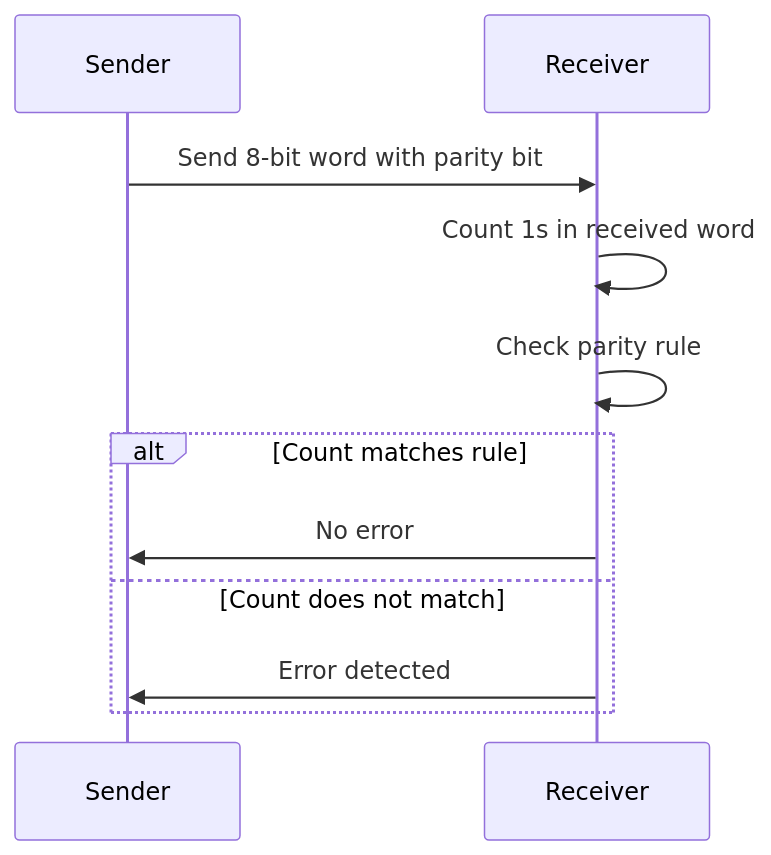
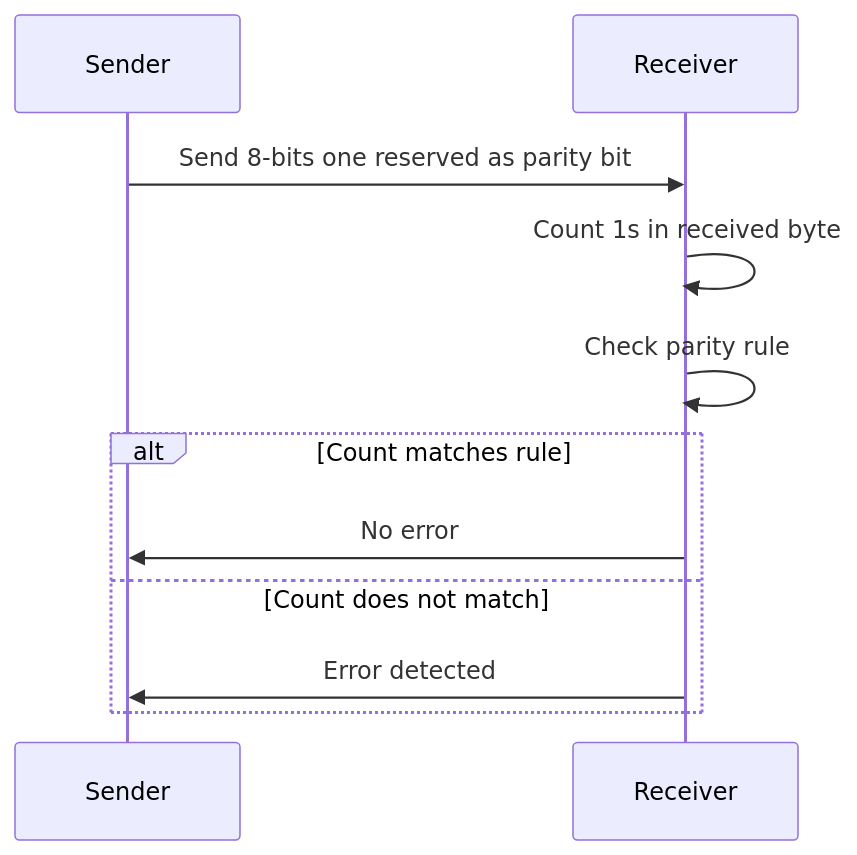
The diagram in docs/IG/2-data-transmission/parity-check.md (kcodedev/mkdocs), drawn with Mermaid before and after one commit.

Commit message:
updated parity check

````diff
--- a/docs/IG/2-data-transmission/parity-check.md
+++ b/docs/IG/2-data-transmission/parity-check.md
@@ -20,13 +20,13 @@
 ```mermaid
 sequenceDiagram
     participant Sender
     participant Receiver
-    Sender->>Receiver: Send 8-bit word with parity bit
-    Receiver->>Receiver: Count 1s in received word
+    Sender->>Receiver: Send 8-bits one reserved as parity bit
+    Receiver->>Receiver: Count 1s in received byte
     Receiver->>Receiver: Check parity rule
     alt Count matches rule
         Receiver->>Sender: No error
     else Count does not match
         Receiver->>Sender: Error detected
     end
 ```
````
